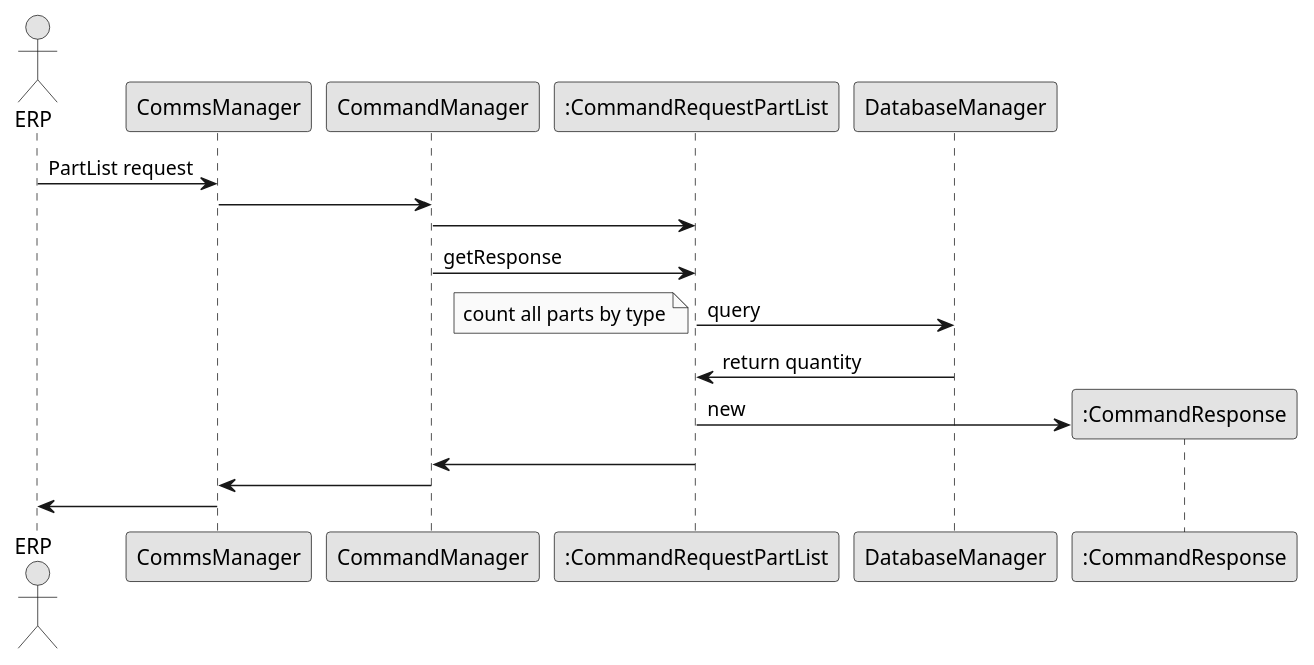
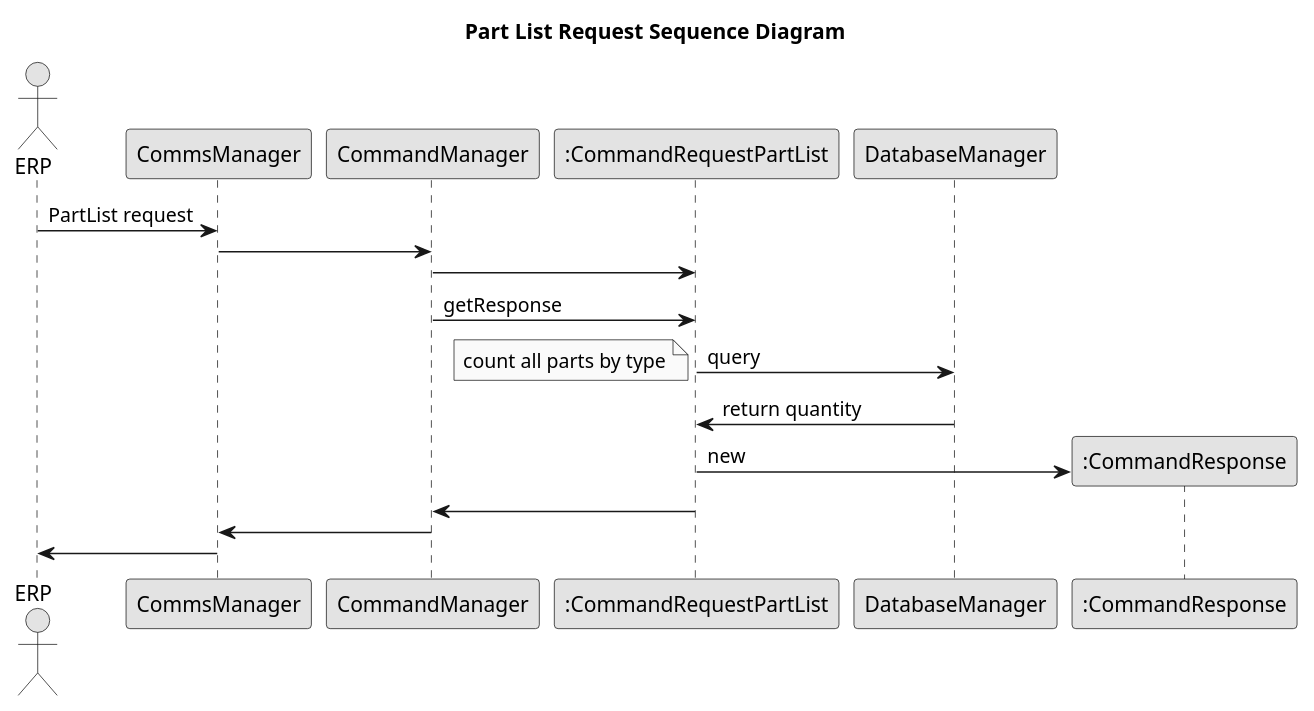
One commit to avrocha/plant-floor-control changed the diagram in docs/sequence_uml/PartList_Request.puml. Above: the diagram before and after it, drawn with PlantUML. The commit also changed 35 other files, not shown here.

Commit message:
UML: Added titles, organized images and created generation script

```diff
--- a/docs/sequence_uml/PartList_Request.puml
+++ b/docs/sequence_uml/PartList_Request.puml
@@ -1,28 +1,30 @@
 @startuml
 
 skinparam linetype ortho
 skinparam Monochrome true
 skinparam classAttributeIconSize 0
+
+ title Part List Request Sequence Diagram
 
 Actor ERP
 ERP ->CommsManager: PartList request
 CommsManager->CommandManager: 
 
 CommandManager->":CommandRequestPartList": 
 
 CommandManager->":CommandRequestPartList": getResponse
 
 ":CommandRequestPartList"->DatabaseManager: query
 note left: count all parts by type 
 DatabaseManager->":CommandRequestPartList": return quantity
 
 Create ":CommandResponse"
 ":CommandRequestPartList"->":CommandResponse": new 
 
 ":CommandRequestPartList"->CommandManager
 CommandManager->CommsManager
 CommsManager->ERP
 
 
 
 @enduml
```
